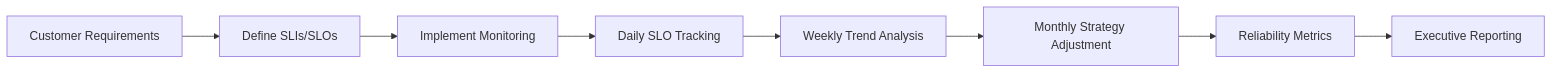
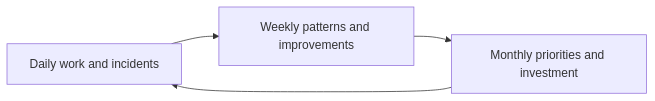
The second of 2 diagrams in content/docs/data-relationships.md (g3rhard/sysops-framework), drawn with Mermaid before and after one commit. The commit also changed other lines of this file and 41 other files, not shown here.

````diff
--- a/content/docs/data-relationships.md
+++ b/content/docs/data-relationships.md
@@ -237,10 +75,6 @@
 ```mermaid
 flowchart LR
-    A[Customer Requirements] --> B[Define SLIs/SLOs]
-    B --> C[Implement Monitoring]
-    C --> D[Daily SLO Tracking]
-    D --> E[Weekly Trend Analysis]
-    E --> F[Monthly Strategy Adjustment]
-    F --> G[Reliability Metrics]
-    G --> H[Executive Reporting]
+    D[Daily work and incidents] --> W[Weekly patterns and improvements]
+    W --> M[Monthly priorities and investment]
+    M --> D
 ```
````
